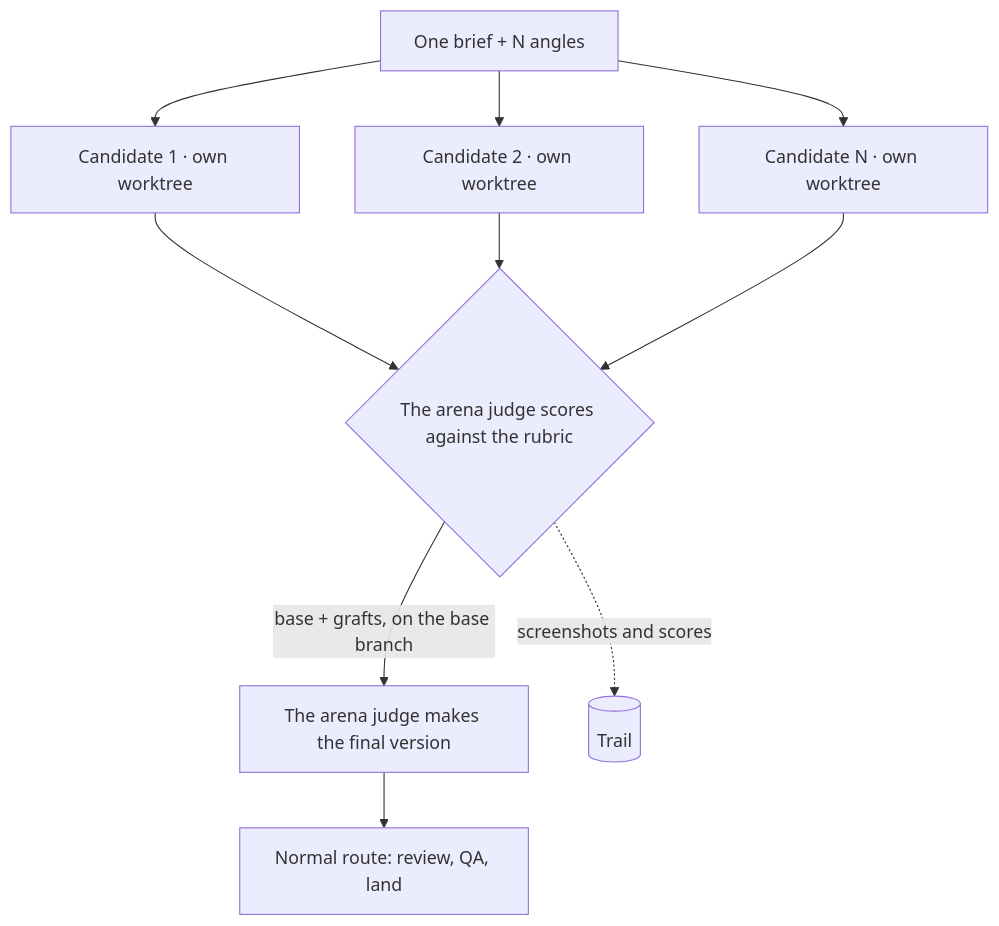
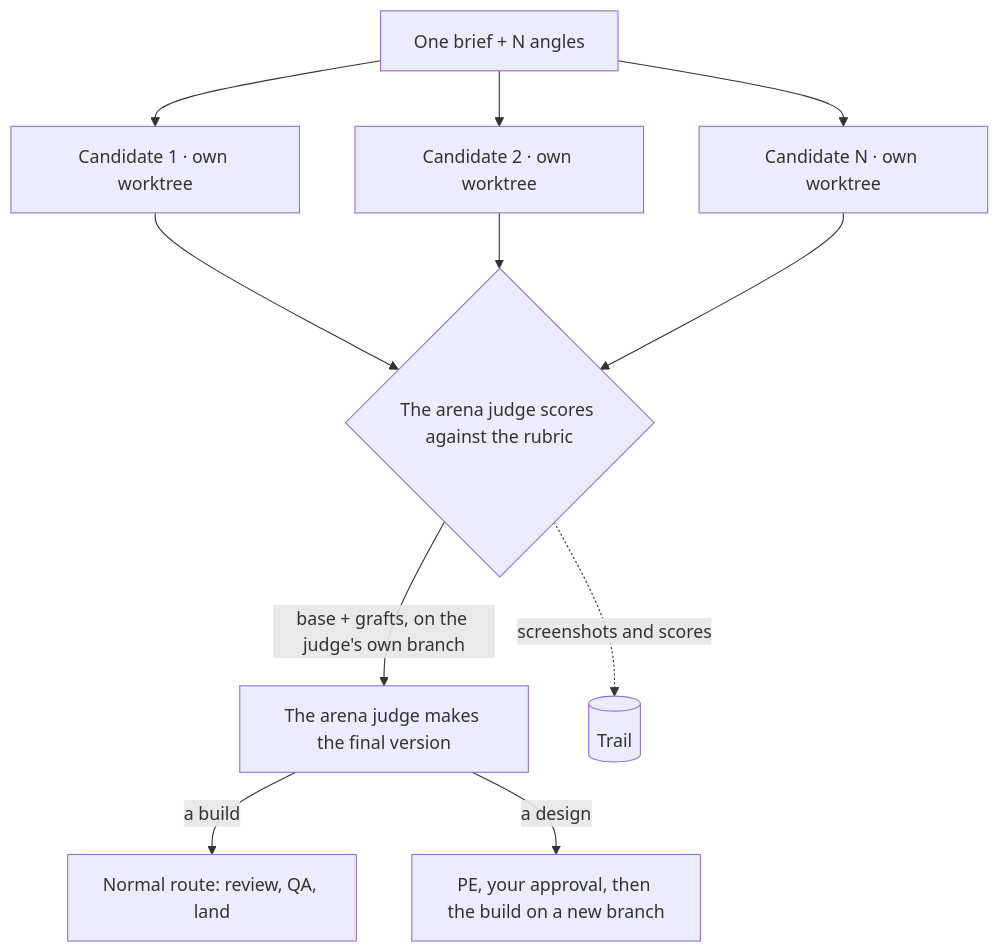
The third of 6 diagrams in docs/design/sage-mode.md (erickb336/sage), drawn with Mermaid before and after one commit. The commit also changed other lines of this file and 35 other files, not shown here.

````diff
--- a/docs/design/sage-mode.md
+++ b/docs/design/sage-mode.md
@@ -166,12 +170,13 @@
 ```mermaid
 flowchart TB
   B["One brief + N angles"] --> C1["Candidate 1 · own worktree"]
   B --> C2["Candidate 2 · own worktree"]
   B --> C3["Candidate N · own worktree"]
   C1 --> J{"The arena judge scores against the rubric"}
   C2 --> J
   C3 --> J
-  J -->|"base + grafts, on the base branch"| G["The arena judge makes the final version"]
-  G --> N["Normal route: review, QA, land"]
+  J -->|"base + grafts, on the judge's own branch"| G["The arena judge makes the final version"]
+  G -->|"a build"| N["Normal route: review, QA, land"]
+  G -->|"a design"| P["PE, your approval, then the build on a new branch"]
   J -.->|"screenshots and scores"| T[("Trail")]
 ```
````
